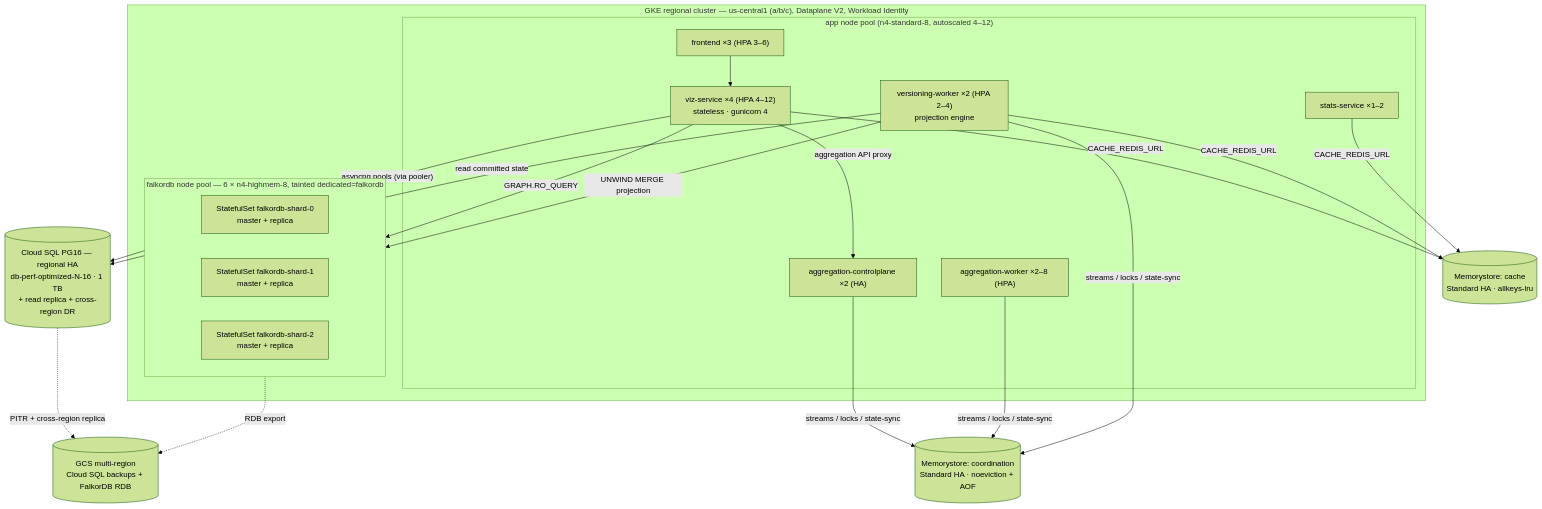
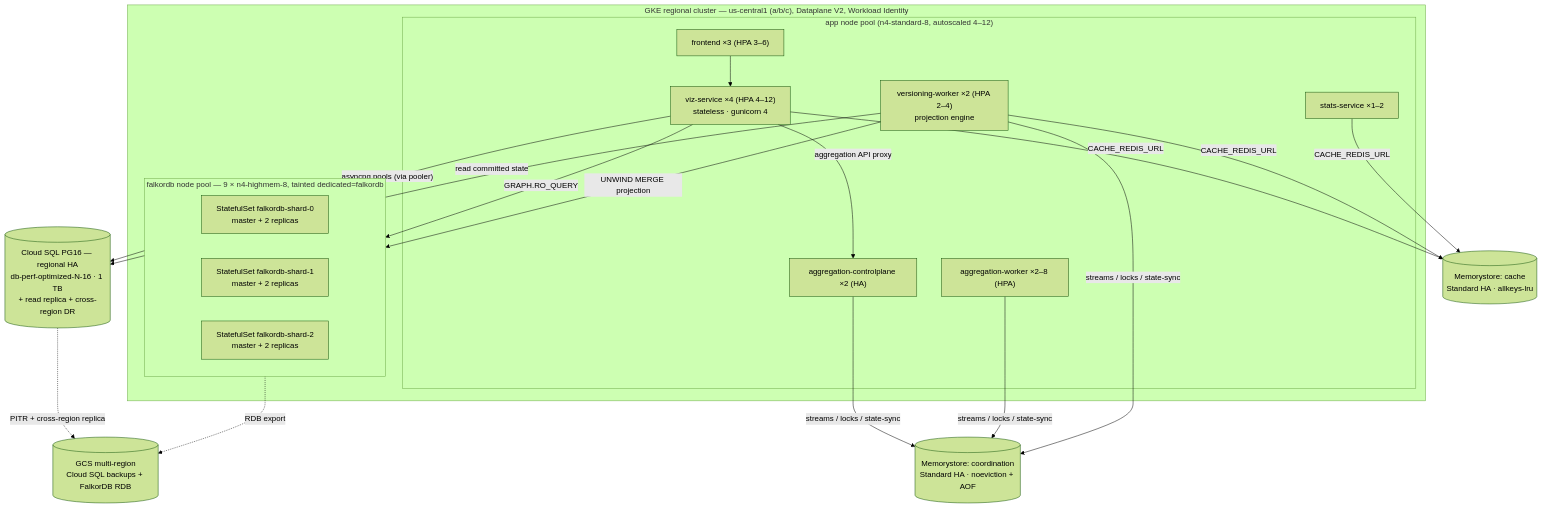
One commit to rkrumins/dataviz changed the diagram in docs/INFRASTRUCTURE_LAUNCH_SCALE.md. Above: the diagram before and after it, drawn with Mermaid (forest theme). The commit also changed other lines of this file and 26 other files, not shown here.

````diff
--- a/docs/INFRASTRUCTURE_LAUNCH_SCALE.md
+++ b/docs/INFRASTRUCTURE_LAUNCH_SCALE.md
@@ -59,33 +59,33 @@
 ```mermaid
 flowchart TB
     subgraph GKE["GKE regional cluster — us-central1 (a/b/c), Dataplane V2, Workload Identity"]
         subgraph app["app node pool (n4-standard-8, autoscaled 4–12)"]
             FE["frontend ×3 (HPA 3–6)"]
             VIZ["viz-service ×4 (HPA 4–12)<br/>stateless · gunicorn 4"]
             CP["aggregation-controlplane ×2 (HA)"]
             AGG["aggregation-worker ×2–8 (HPA)"]
             VW["versioning-worker ×2 (HPA 2–4)<br/>projection engine"]
             ST["stats-service ×1–2"]
         end
-        subgraph fk["falkordb node pool — 6 × n4-highmem-8, tainted dedicated=falkordb"]
-            S0["StatefulSet falkordb-shard-0<br/>master + replica"]
-            S1["StatefulSet falkordb-shard-1<br/>master + replica"]
-            S2["StatefulSet falkordb-shard-2<br/>master + replica"]
+        subgraph fk["falkordb node pool — 9 × n4-highmem-8, tainted dedicated=falkordb"]
+            S0["StatefulSet falkordb-shard-0<br/>master + 2 replicas"]
+            S1["StatefulSet falkordb-shard-1<br/>master + 2 replicas"]
+            S2["StatefulSet falkordb-shard-2<br/>master + 2 replicas"]
         end
     end
     CSQL[("Cloud SQL PG16 — regional HA<br/>db-perf-optimized-N-16 · 1 TB<br/>+ read replica + cross-region DR")]
     RC[("Memorystore: cache<br/>Standard HA · allkeys-lru")]
     RK[("Memorystore: coordination<br/>Standard HA · noeviction + AOF")]
     GCS[("GCS multi-region<br/>Cloud SQL backups + FalkorDB RDB")]
 
     FE --> VIZ
     VIZ -->|"asyncpg pools (via pooler)"| CSQL
     VIZ -->|"GRAPH.RO_QUERY"| fk
     VIZ -->|"aggregation API proxy"| CP
     CP & AGG & VW -->|"streams / locks / state-sync"| RK
     VW -->|"read committed state"| CSQL
     VW -->|"UNWIND MERGE projection"| fk
     VIZ & VW & ST -->|"CACHE_REDIS_URL"| RC
     fk -.->|"RDB export"| GCS
     CSQL -.->|"PITR + cross-region replica"| GCS
 ```
````
